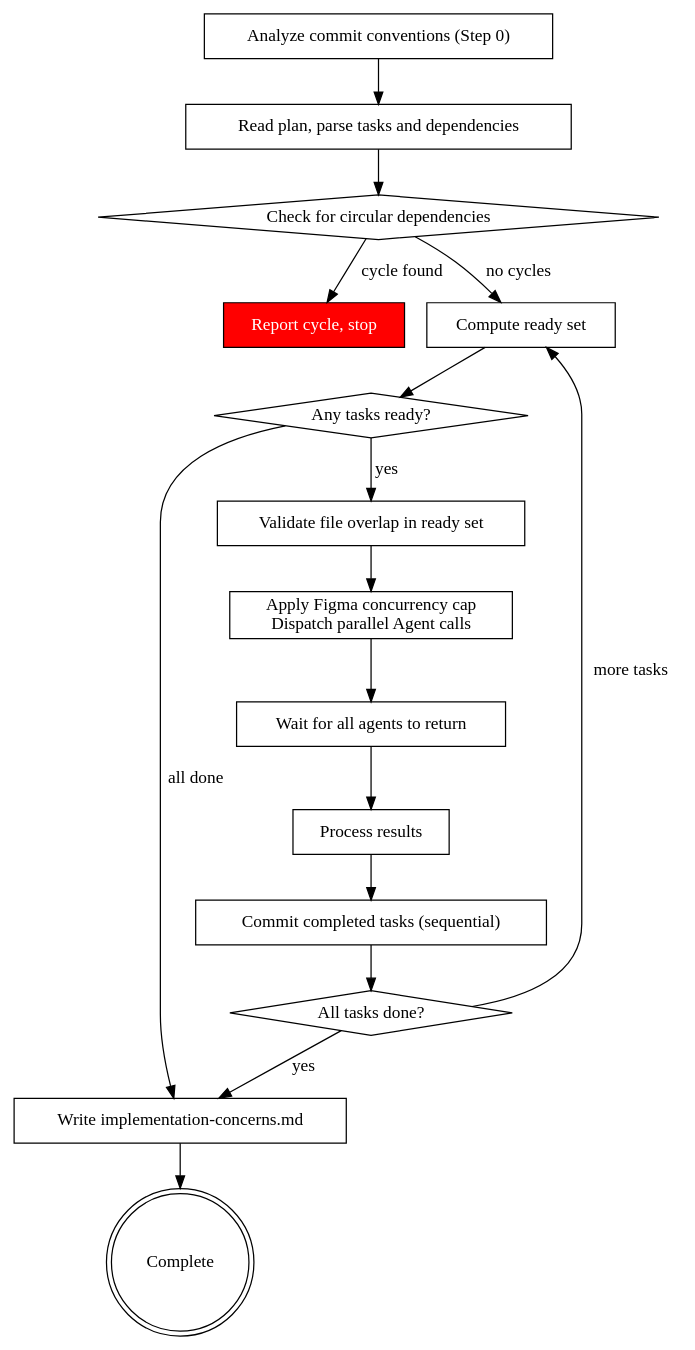
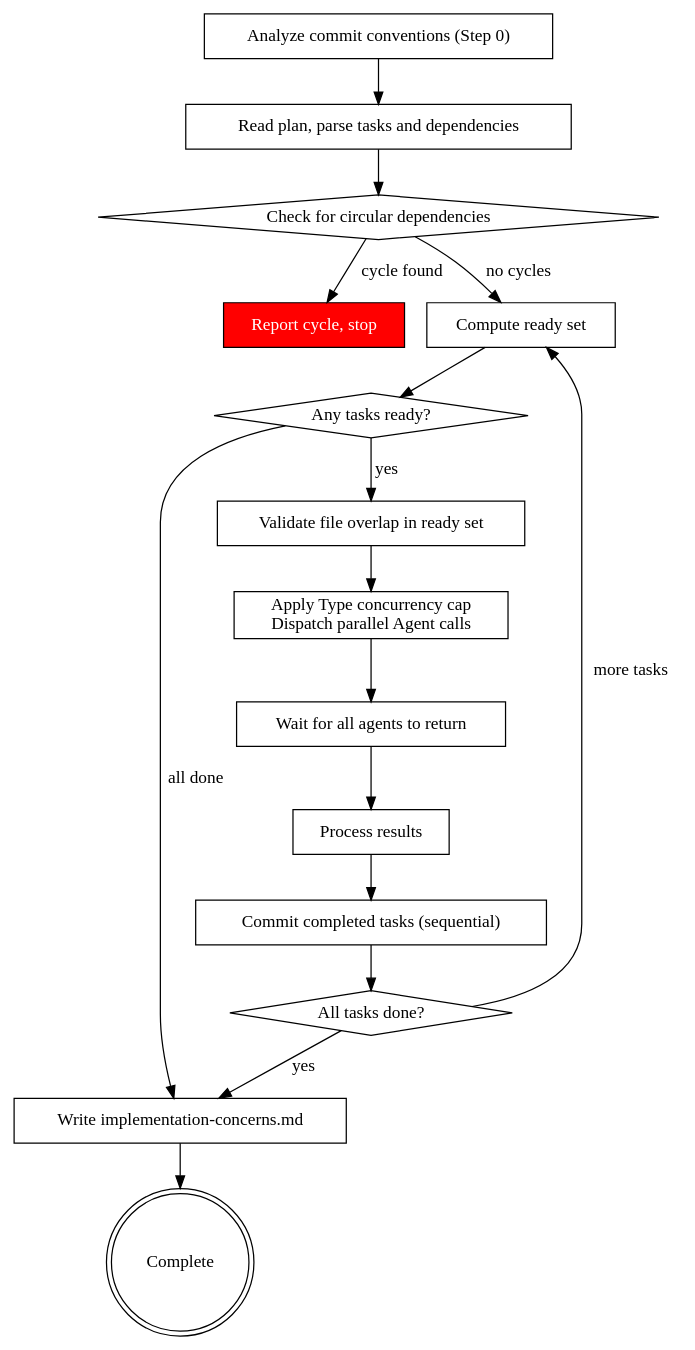
The diagram in dist/claude/skills/subagent-driven-development/SKILL.md (iclinic/afyapowers), drawn with Graphviz before and after one commit. The commit also changed other lines of this file and 1 other file, not shown here.

Commit message:
feat: route subagent dispatch by task Type with legacy fallback

````diff
--- a/dist/claude/skills/subagent-driven-development/SKILL.md
+++ b/dist/claude/skills/subagent-driven-development/SKILL.md
@@ -16,36 +16,36 @@
 ```dot
 digraph process {
     rankdir=TB;
 
     "Analyze commit conventions (Step 0)" [shape=box];
     "Read plan, parse tasks and dependencies" [shape=box];
     "Check for circular dependencies" [shape=diamond];
     "Report cycle, stop" [shape=box, style=filled, fillcolor=red, fontcolor=white];
     "Compute ready set" [shape=box];
     "Any tasks ready?" [shape=diamond];
     "Validate file overlap in ready set" [shape=box];
-    "Apply Figma concurrency cap\nDispatch parallel Agent calls" [shape=box];
+    "Apply Type concurrency cap\nDispatch parallel Agent calls" [shape=box];
     "Wait for all agents to return" [shape=box];
     "Process results" [shape=box];
     "Commit completed tasks (sequential)" [shape=box];
     "All tasks done?" [shape=diamond];
     "Write implementation-concerns.md" [shape=box];
     "Complete" [shape=doublecircle];
 
     "Analyze commit conventions (Step 0)" -> "Read plan, parse tasks and dependencies";
     "Read plan, parse tasks and dependencies" -> "Check for circular dependencies";
     "Check for circular dependencies" -> "Report cycle, stop" [label="cycle found"];
     "Check for circular dependencies" -> "Compute ready set" [label="no cycles"];
     "Compute ready set" -> "Any tasks ready?";
     "Any tasks ready?" -> "Write implementation-concerns.md" [label="all done"];
     "Any tasks ready?" -> "Validate file overlap in ready set" [label="yes"];
-    "Validate file overlap in ready set" -> "Apply Figma concurrency cap\nDispatch parallel Agent calls";
-    "Apply Figma concurrency cap\nDispatch parallel Agent calls" -> "Wait for all agents to return";
+    "Validate file overlap in ready set" -> "Apply Type concurrency cap\nDispatch parallel Agent calls";
+    "Apply Type concurrency cap\nDispatch parallel Agent calls" -> "Wait for all agents to return";
     "Wait for all agents to return" -> "Process results";
     "Process results" -> "Commit completed tasks (sequential)";
     "Commit completed tasks (sequential)" -> "All tasks done?";
     "All tasks done?" -> "Compute ready set" [label="more tasks"];
     "All tasks done?" -> "Write implementation-concerns.md" [label="yes"];
     "Write implementation-concerns.md" -> "Complete";
 }
 ```
````
